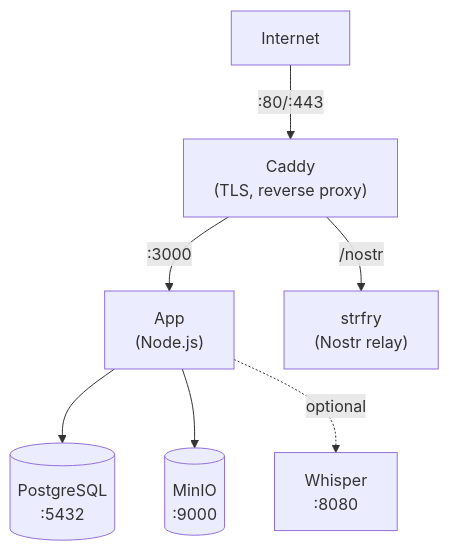
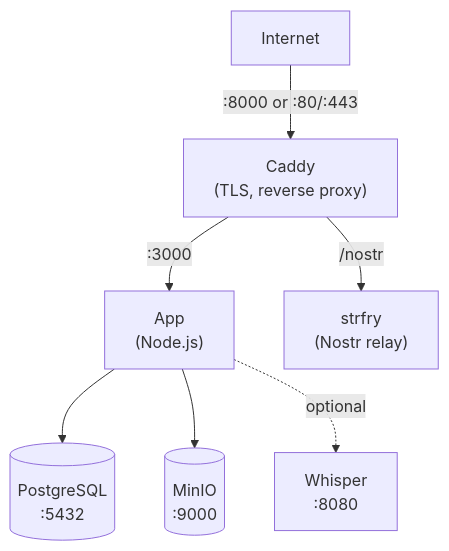
Before and after one commit to rhonda-rodododo/llamenos-hotline: the diagram in site/src/content/docs/en/deploy-docker.md, drawn with Mermaid. The commit also changed other lines of this file and 7 other files, not shown here.

````diff
--- a/site/src/content/docs/en/deploy-docker.md
+++ b/site/src/content/docs/en/deploy-docker.md
@@ -261,9 +261,9 @@
 ```mermaid
 flowchart TD
-    Internet -->|":80/:443"| Caddy["Caddy<br/>(TLS, reverse proxy)"]
+    Internet -->|":8000 or :80/:443"| Caddy["Caddy<br/>(TLS, reverse proxy)"]
     Caddy -->|":3000"| App["App<br/>(Node.js)"]
     Caddy -->|"/nostr"| Strfry["strfry<br/>(Nostr relay)"]
     App --> PostgreSQL[("PostgreSQL<br/>:5432")]
     App --> MinIO[("MinIO<br/>:9000")]
     App -.->|"optional"| Whisper["Whisper<br/>:8080"]
 ```
````
